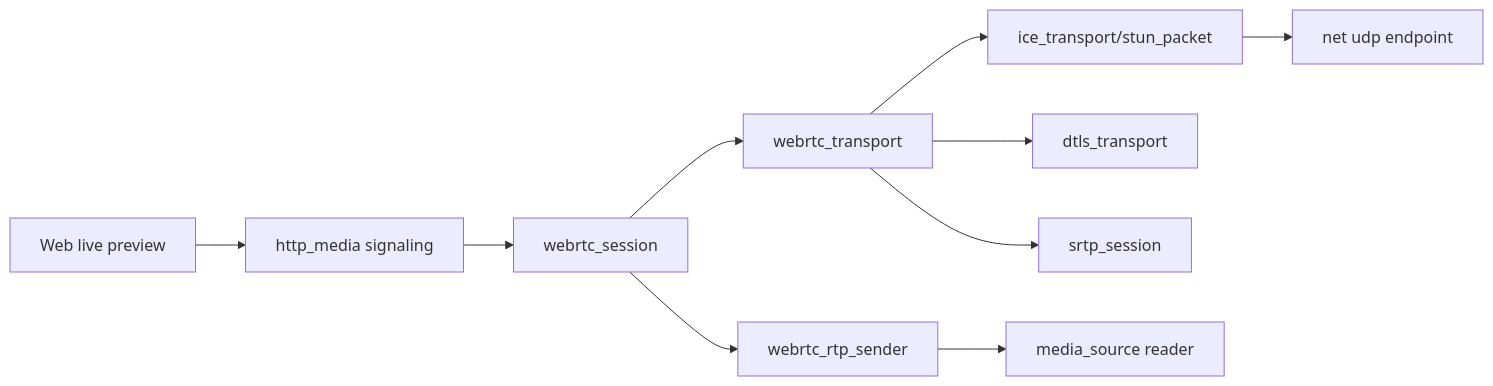
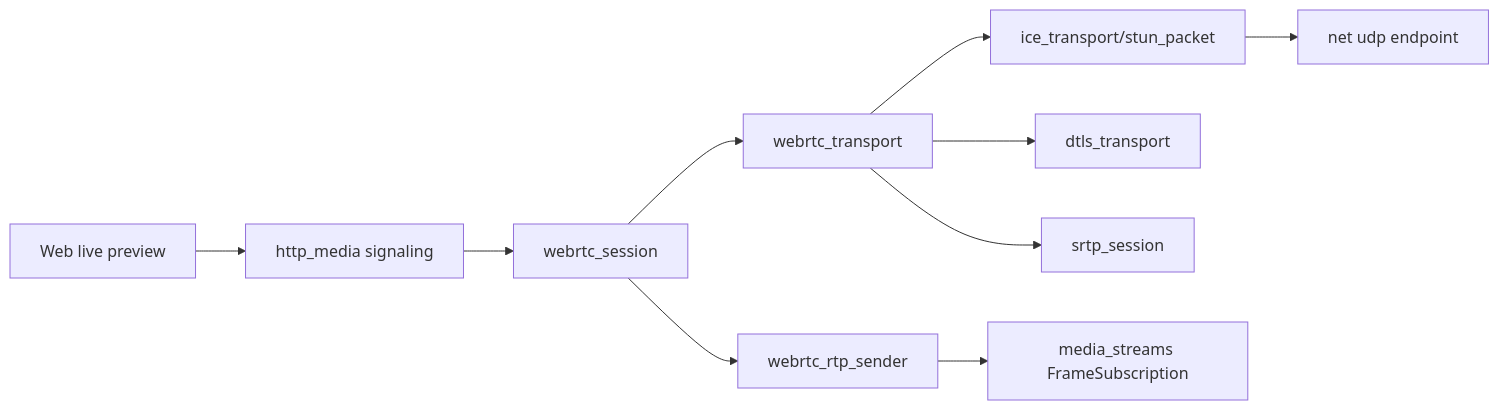
The diagram in docs/libs/webrtc.md (373699756/live_stream), drawn with Mermaid before and after one commit. The commit also changed other lines of this file and 6 other files, not shown here.

````diff
--- a/docs/libs/webrtc.md
+++ b/docs/libs/webrtc.md
@@ -15,12 +15,12 @@
 ```mermaid
 flowchart LR
   Web[Web live preview] --> HTTP[http_media signaling]
   HTTP --> Session[webrtc_session]
   Session --> Transport[webrtc_transport]
   Transport --> ICE[ice_transport/stun_packet]
   Transport --> DTLS[dtls_transport]
   Transport --> SRTP[srtp_session]
   Session --> Sender[webrtc_rtp_sender]
-  Sender --> Source[media_source reader]
+  Sender --> Source[media_streams FrameSubscription]
   ICE --> Net[net udp endpoint]
 ```
````
